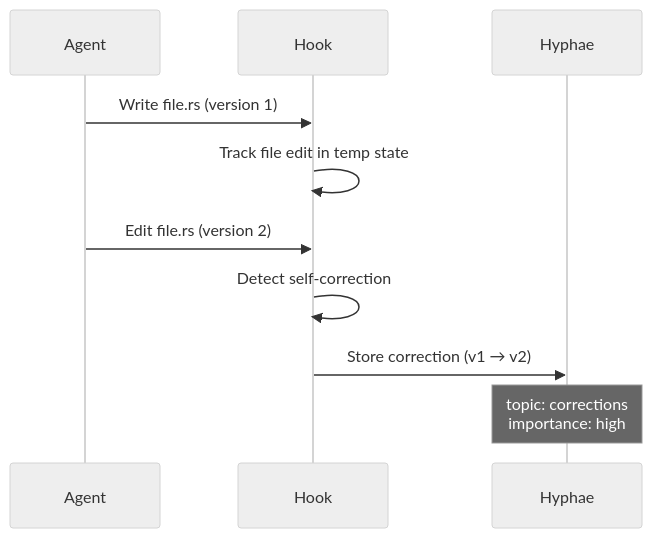
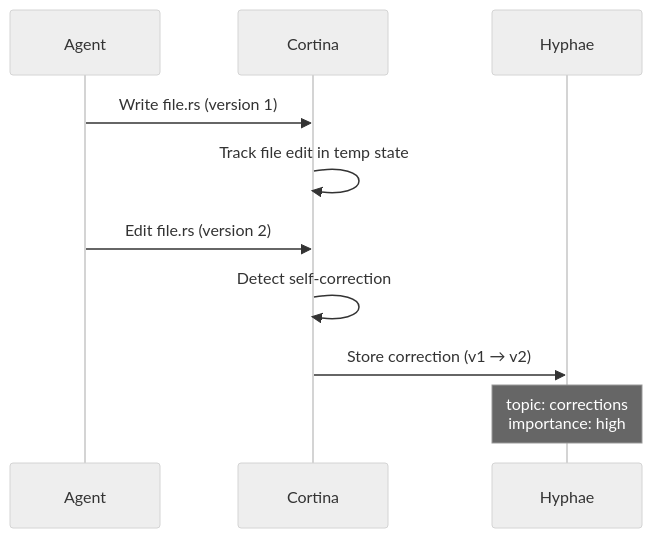
Before and after one commit to basidiocarp/lamella: the second of 2 diagrams in docs/FEEDBACK-CAPTURE.md, drawn with Mermaid (neutral theme). The commit also changed other lines of this file and 5 other files, not shown here.

````diff
--- a/docs/FEEDBACK-CAPTURE.md
+++ b/docs/FEEDBACK-CAPTURE.md
@@ -91,13 +82,13 @@
 ```mermaid
 sequenceDiagram
     participant A as Agent
-    participant H as Hook
+    participant H as Cortina
     participant DB as Hyphae
 
     A->>H: Write file.rs (version 1)
     H->>H: Track file edit in temp state
     A->>H: Edit file.rs (version 2)
     H->>H: Detect self-correction
     H->>DB: Store correction (v1 → v2)
     Note over DB: topic: corrections<br/>importance: high
 ```
````
